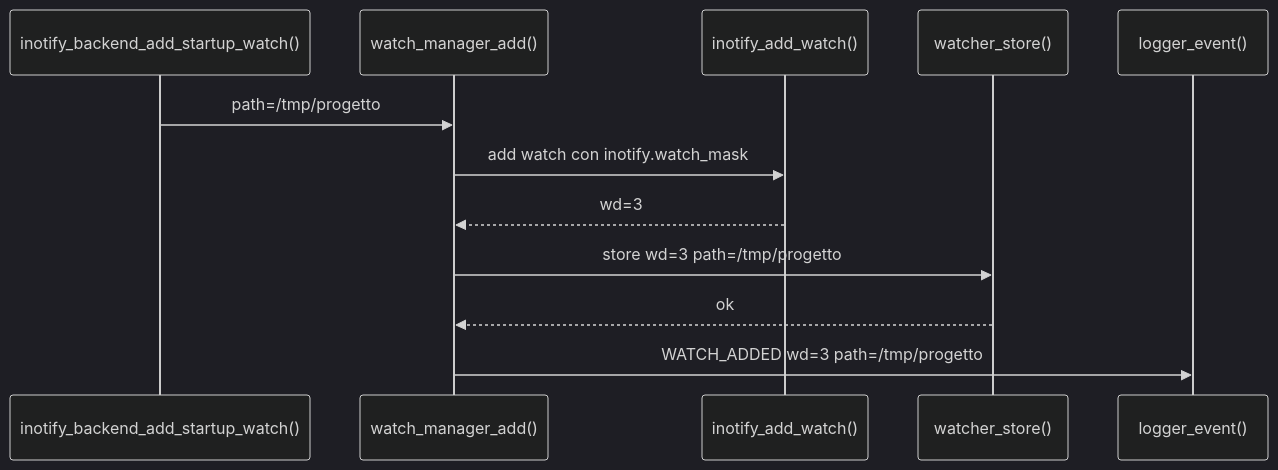
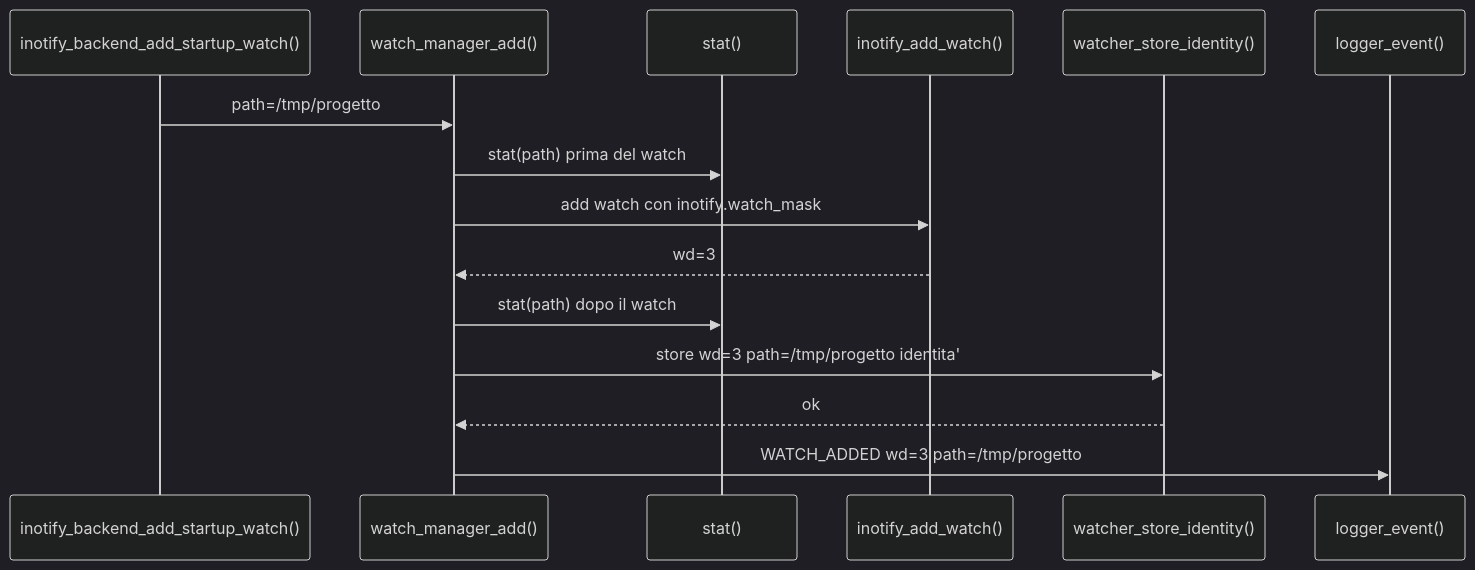
The tenth of 17 diagrams in docs/it/16-mappa-codice-e-strutture.md (kinderp/alfred), drawn with Mermaid (dark theme) before and after one commit. The commit also changed other lines of this file and 7 other files, not shown here.

````diff
--- a/docs/it/16-mappa-codice-e-strutture.md
+++ b/docs/it/16-mappa-codice-e-strutture.md
@@ -752,15 +756,18 @@
 ```mermaid
 sequenceDiagram
     participant Backend as inotify_backend_add_startup_watch()
     participant Manager as watch_manager_add()
+    participant Stat as stat()
     participant Kernel as inotify_add_watch()
-    participant Table as watcher_store()
+    participant Table as watcher_store_identity()
     participant Logger as logger_event()
 
     Backend->>Manager: path=/tmp/progetto
+    Manager->>Stat: stat(path) prima del watch
     Manager->>Kernel: add watch con inotify.watch_mask
     Kernel-->>Manager: wd=3
-    Manager->>Table: store wd=3 path=/tmp/progetto
+    Manager->>Stat: stat(path) dopo il watch
+    Manager->>Table: store wd=3 path=/tmp/progetto identita'
     Table-->>Manager: ok
     Manager->>Logger: WATCH_ADDED wd=3 path=/tmp/progetto
 ```
````
